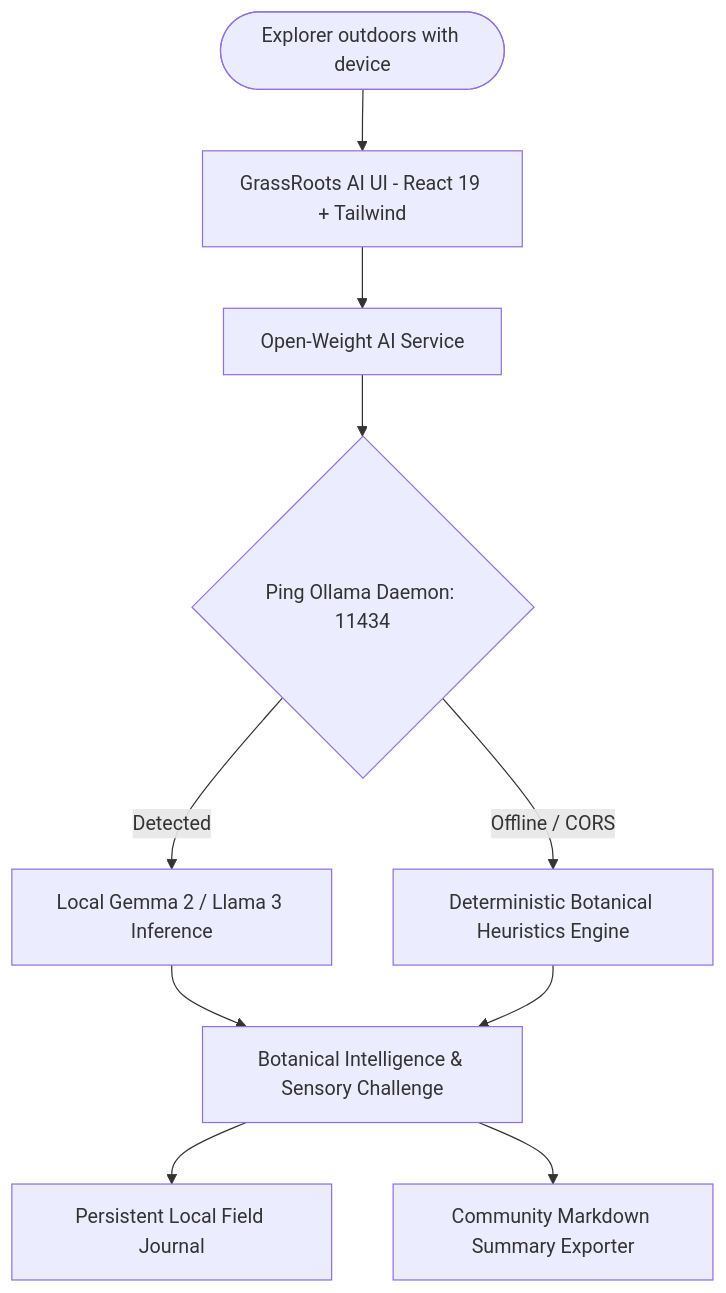
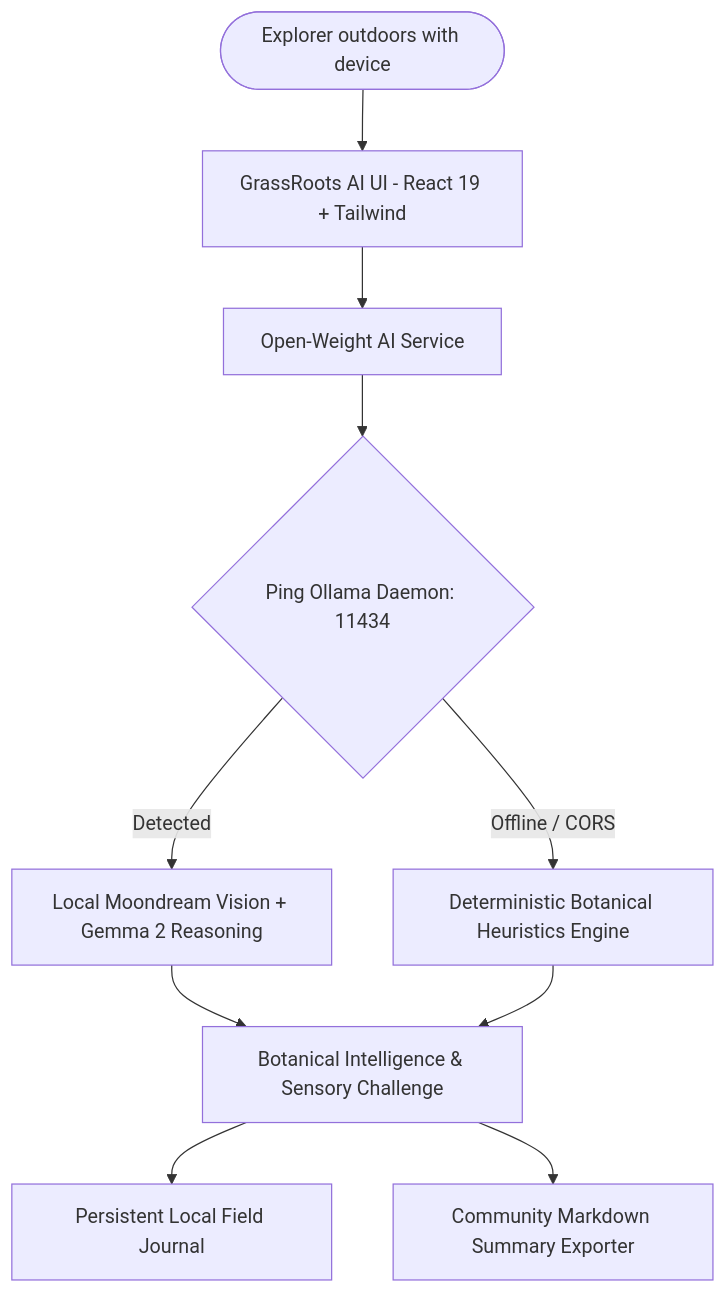
One commit to Babin123456/GrassRoots-AI changed the diagram in SUBMISSION_DEV_POST.md. Above: the diagram before and after it, drawn with Mermaid. The commit also changed other lines of this file, not shown here.

````diff
--- a/SUBMISSION_DEV_POST.md
+++ b/SUBMISSION_DEV_POST.md
@@ -59,12 +65,12 @@
 ```mermaid
 graph TD
     User([Explorer outdoors with device]) --> UI[GrassRoots AI UI - React 19 + Tailwind]
     UI --> Service[Open-Weight AI Service]
     Service --> Probe{Ping Ollama Daemon: 11434}
-    Probe -- Detected --> Ollama[Local Gemma 2 / Llama 3 Inference]
+    Probe -- Detected --> Ollama[Local Moondream Vision + Gemma 2 Reasoning]
     Probe -- Offline / CORS --> Fallback[Deterministic Botanical Heuristics Engine]
     Ollama --> Result[Botanical Intelligence & Sensory Challenge]
     Fallback --> Result
     Result --> Journal[Persistent Local Field Journal]
     Result --> Exporter[Community Markdown Summary Exporter]
 ```
````
